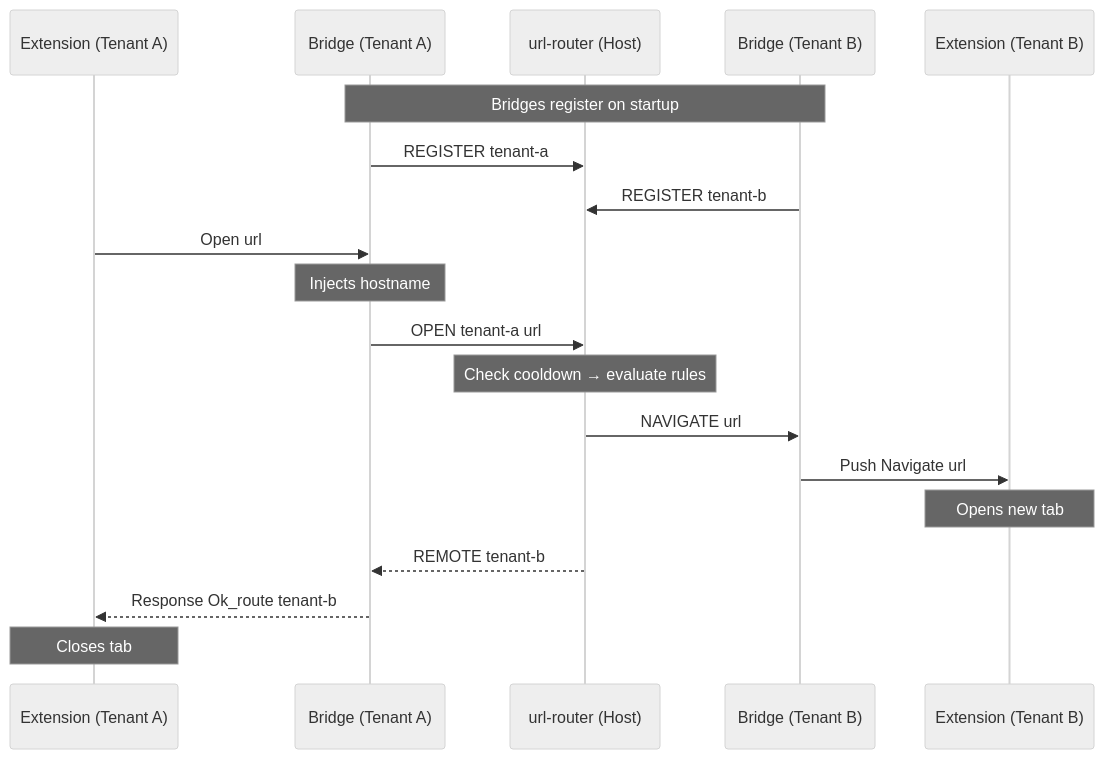
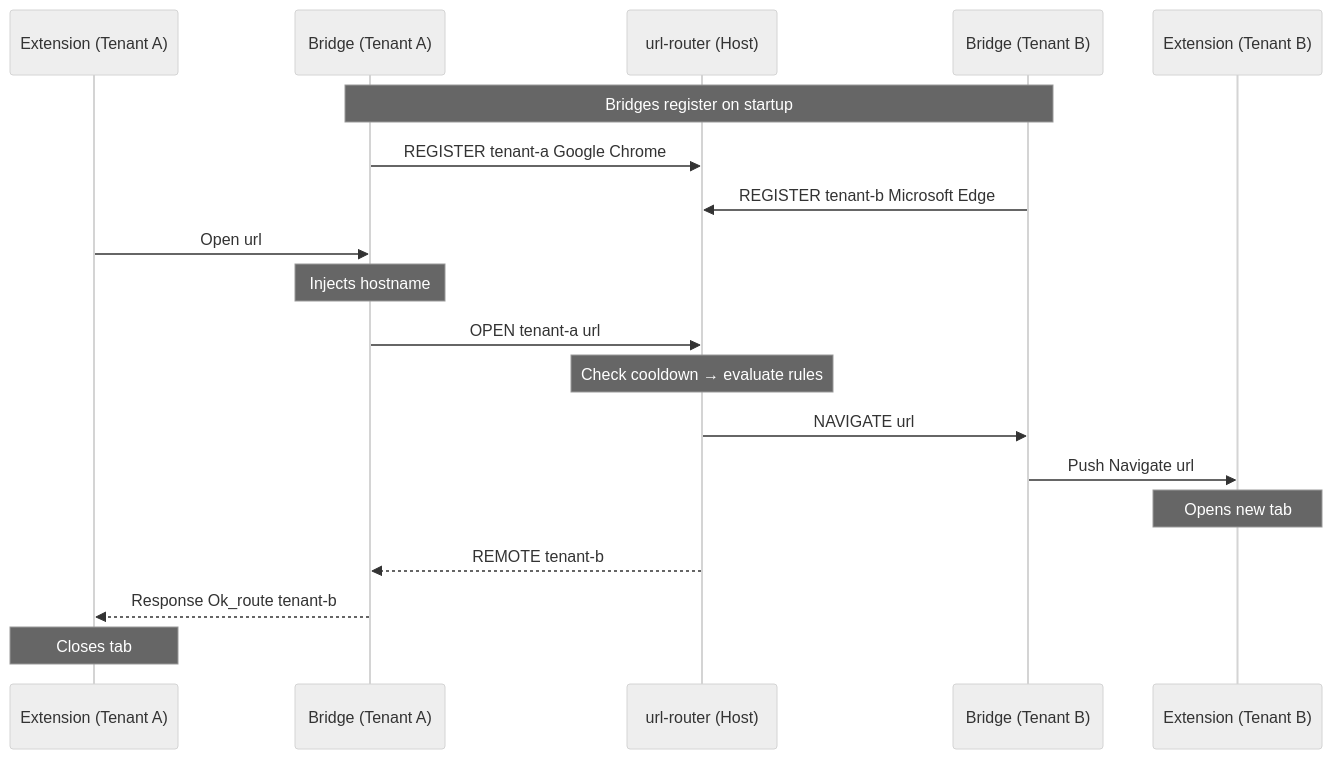
One commit to andersfugmann/multi-tenant changed the second of 2 diagrams in README.md. Above: the diagram before and after it, drawn with Mermaid (neutral theme). The commit also changed other lines of this file and 8 other files, not shown here.

````diff
--- a/README.md
+++ b/README.md
@@ -27,26 +27,26 @@
 ```mermaid
 sequenceDiagram
     participant ExtA as Extension (Tenant A)
     participant BridgeA as Bridge (Tenant A)
     participant Daemon as url-router (Host)
     participant BridgeB as Bridge (Tenant B)
     participant ExtB as Extension (Tenant B)
 
     Note over BridgeA,BridgeB: Bridges register on startup
-    BridgeA->>Daemon: REGISTER tenant-a
-    BridgeB->>Daemon: REGISTER tenant-b
+    BridgeA->>Daemon: REGISTER tenant-a Google Chrome
+    BridgeB->>Daemon: REGISTER tenant-b Microsoft Edge
 
     ExtA->>BridgeA: Open url
     Note over BridgeA: Injects hostname
     BridgeA->>Daemon: OPEN tenant-a url
 
     Note over Daemon: Check cooldown → evaluate rules
 
     Daemon->>BridgeB: NAVIGATE url
     BridgeB->>ExtB: Push Navigate url
     Note over ExtB: Opens new tab
 
     Daemon-->>BridgeA: REMOTE tenant-b
     BridgeA-->>ExtA: Response Ok_route tenant-b
     Note over ExtA: Closes tab
 ```
````
